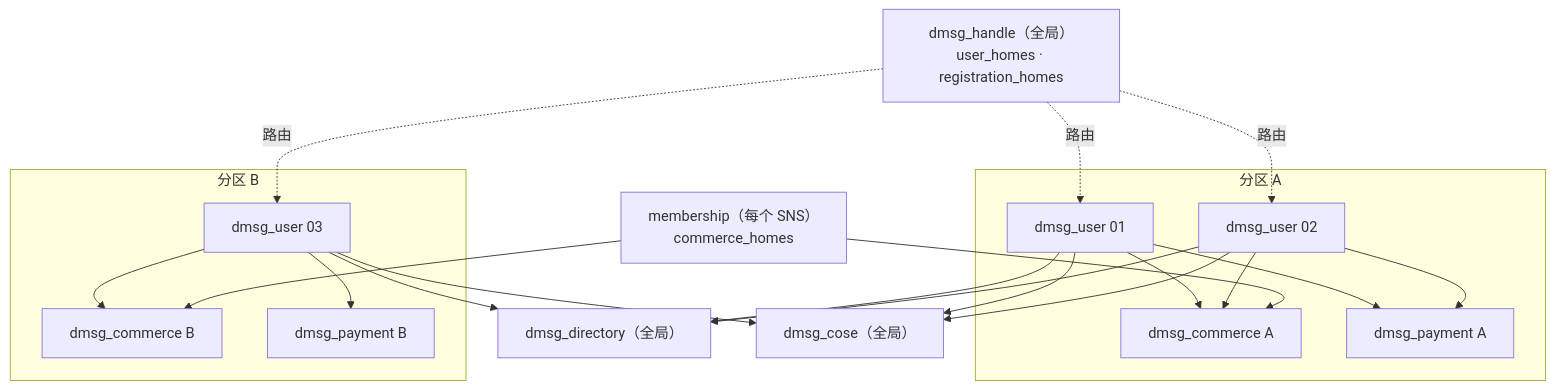
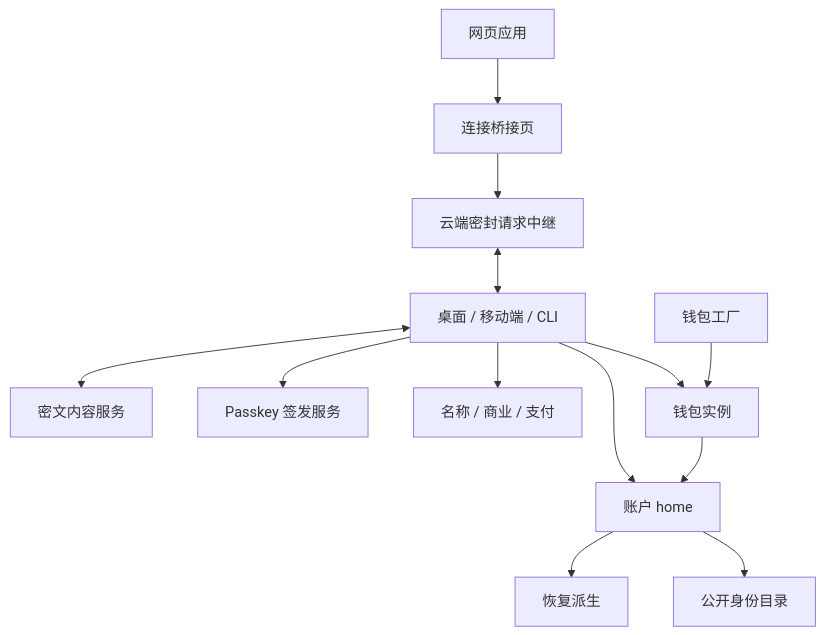
One commit to ldclabs/ic-panda changed the diagram in docs/dmsg_architecture_zh.md. Above: the diagram before and after it, drawn with Mermaid. The commit also changed other lines of this file and 106 other files, not shown here.

````diff
--- a/docs/dmsg_architecture_zh.md
+++ b/docs/dmsg_architecture_zh.md
@@ -223,35 +28,15 @@
 ```mermaid
 flowchart TB
-  H["dmsg_handle（全局）<br/>user_homes · registration_homes"]
-  D["dmsg_directory（全局）"]
-  K["dmsg_cose（全局）"]
-  M["membership（每个 SNS）<br/>commerce_homes"]
-  subgraph A["分区 A"]
-    U1["dmsg_user 01"]
-    U2["dmsg_user 02"]
-    C1["dmsg_commerce A"]
-    P1["dmsg_payment A"]
-  end
-  subgraph B["分区 B"]
-    U3["dmsg_user 03"]
-    C2["dmsg_commerce B"]
-    P2["dmsg_payment B"]
-  end
-  H -.->|路由| U1
-  H -.->|路由| U2
-  H -.->|路由| U3
-  U1 --> C1
-  U2 --> C1
-  U1 --> P1
-  U2 --> P1
-  U3 --> C2
-  U3 --> P2
-  U1 --> K
-  U2 --> K
-  U3 --> K
-  U1 --> D
-  U2 --> D
-  U3 --> D
-  M --> C1
-  M --> C2
+  WEB["网页应用"] --> BR["连接桥接页"]
+  BR --> RELAY["云端密封请求中继"]
+  RELAY <--> CLIENT["桌面 / 移动端 / CLI"]
+  CLIENT <--> CLOUD["密文内容服务"]
+  CLIENT --> AUTH["Passkey 签发服务"]
+  CLIENT --> USER["账户 home"]
+  CLIENT --> BUSINESS["名称 / 商业 / 支付"]
+  USER --> COSE["恢复派生"]
+  USER --> DIRECTORY["公开身份目录"]
+  CLIENT --> WALLET["钱包实例"]
+  HUB["钱包工厂"] --> WALLET
+  WALLET --> USER
 ```
````
